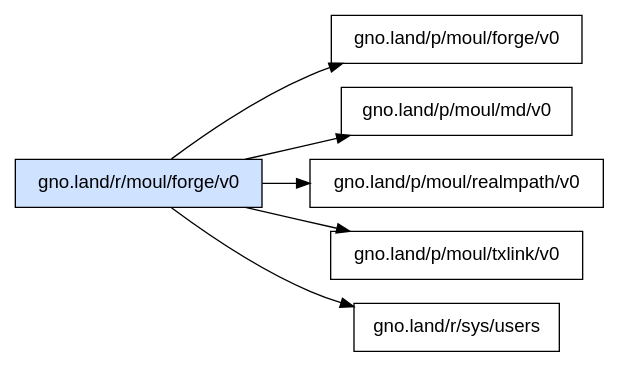
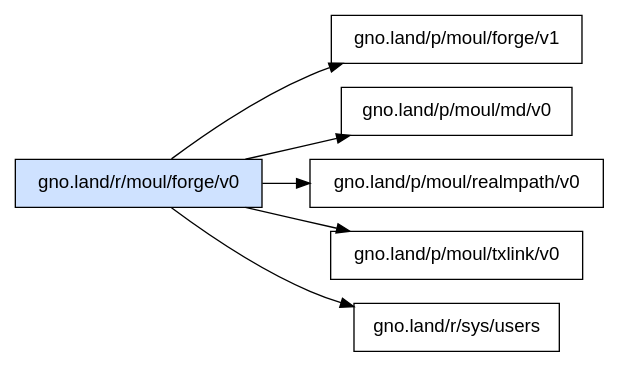
The diagram in _assets/gno.land/r/moul/forge/v0/deps.dot (moul/gno-contracts), drawn with Graphviz before and after one commit. The commit also changed 14 other files, not shown here.

Commit message:
chore: regenerate catalog, graphs and on-chain status [skip ci]

```diff
--- a/_assets/gno.land/r/moul/forge/v0/deps.dot
+++ b/_assets/gno.land/r/moul/forge/v0/deps.dot
@@ -1,10 +1,10 @@
 digraph deps {
   rankdir=LR;
   node [shape=box, fontname="sans-serif"];
   "gno.land/r/moul/forge/v0" [style=filled, fillcolor="#cfe2ff"];
-  "gno.land/r/moul/forge/v0" -> "gno.land/p/moul/forge/v0";
+  "gno.land/r/moul/forge/v0" -> "gno.land/p/moul/forge/v1";
   "gno.land/r/moul/forge/v0" -> "gno.land/p/moul/md/v0";
   "gno.land/r/moul/forge/v0" -> "gno.land/p/moul/realmpath/v0";
   "gno.land/r/moul/forge/v0" -> "gno.land/p/moul/txlink/v0";
   "gno.land/r/moul/forge/v0" -> "gno.land/r/sys/users";
 }
```
